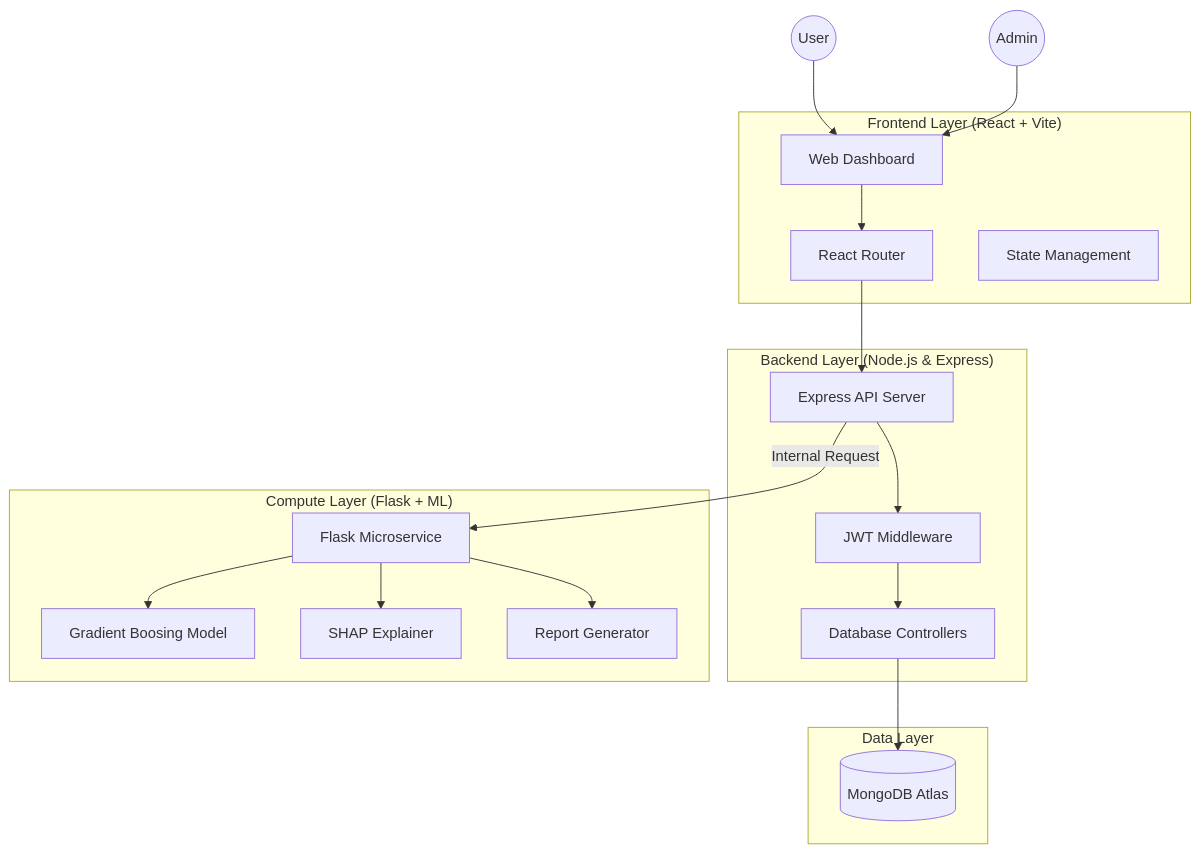
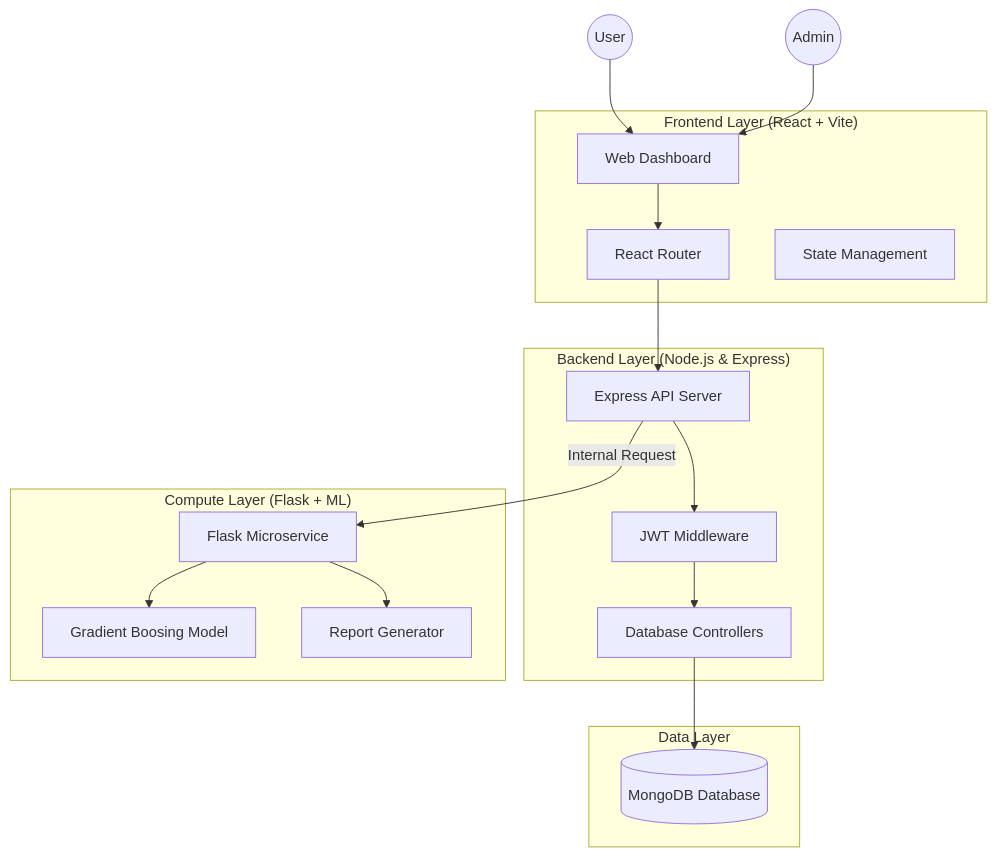
Before and after one commit to 727623BIT053Evelin/Non-invasive-PCOS-Mern-Project: the diagram in README.md, drawn with Mermaid. The commit also changed other lines of this file and 10 other files, not shown here.

````diff
--- a/README.md
+++ b/README.md
@@ -19,40 +19,38 @@
 ```mermaid
 graph TD
     User((User))
     Admin((Admin))
 
     subgraph "Frontend Layer (React + Vite)"
         UI[Web Dashboard]
         Router[React Router]
         State[State Management]
     end
 
     subgraph "Backend Layer (Node.js & Express)"
         API[Express API Server]
         Auth[JWT Middleware]
         Query[Database Controllers]
     end
 
     subgraph "Compute Layer (Flask + ML)"
         ML_SVC[Flask Microservice]
         Model[Gradient Boosing Model]
-        SHAP[SHAP Explainer]
         PDF[Report Generator]
     end
 
     subgraph "Data Layer"
-        MDB[(MongoDB Atlas)]
+        MDB[(MongoDB Database)]
     end
 
     User --> UI
     Admin --> UI
     UI --> Router
     Router --> API
     API --> Auth
     Auth --> Query
     Query --> MDB
     API -- "Internal Request" --> ML_SVC
     ML_SVC --> Model
-    ML_SVC --> SHAP
     ML_SVC --> PDF
 ```
````
